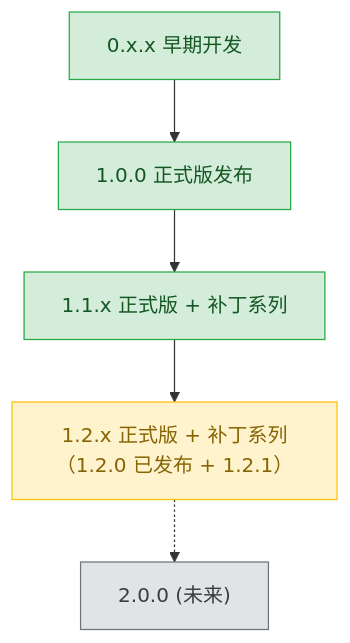
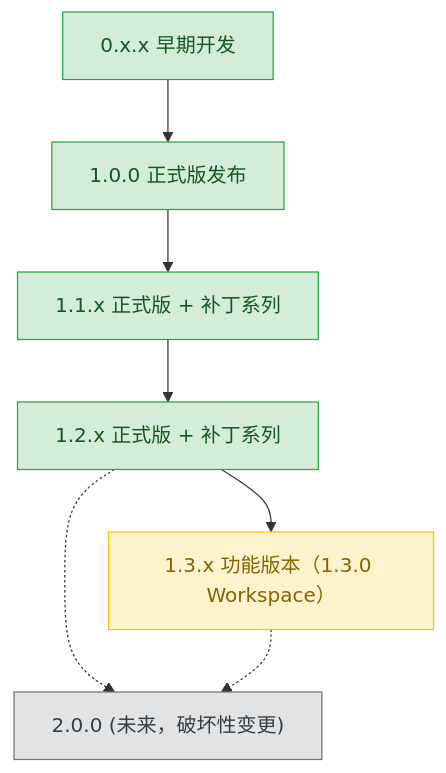
One commit to 3667808244/EazyMake changed the diagram in plans/README.md. Above: the diagram before and after it, drawn with Mermaid. The commit also changed other lines of this file and 4 other files, not shown here.

Commit message:
docs(1.3.0): 新增 1.3.0 计划（Workspace 工作区——ezmk workspace 命令组 + ezmk-workspace.toml；dev.1 配置与定位 → dev.2 命令与并行 → dev.3 测试与 CI → pre.1 文档收口 → 聚合发布）+ 1.3.x 系列 README + plan.md 切换 + plans 索引/mermaid 更新

````diff
--- a/plans/README.md
+++ b/plans/README.md
@@ -56,22 +60,26 @@
 ```mermaid
 graph TD
     v0xx["0.x.x 早期开发"]
     v100["1.0.0 正式版发布"]
     v11x["1.1.x 正式版 + 补丁系列"]
-    v12x["1.2.x 正式版 + 补丁系列（1.2.0 已发布 + 1.2.1）"]
-    v200["2.0.0 (未来)"]
+    v12x["1.2.x 正式版 + 补丁系列"]
+    v13x["1.3.x 功能版本（1.3.0 Workspace）"]
+    v200["2.0.0 (未来，破坏性变更)"]
 
     v0xx --> v100
     v100 --> v11x
     v11x --> v12x
+    v12x --> v13x
     v12x -.-> v200
+    v13x -.-> v200
 
     classDef done fill:#d4edda,stroke:#28a745,color:#155724;
     classDef active fill:#fff3cd,stroke:#ffc107,color:#856404;
     classDef todo fill:#e2e3e5,stroke:#6c757d,color:#383d41;
 
     class v0xx,v100 done;
     class v11x done;
-    class v12x active;
+    class v12x done;
+    class v13x active;
     class v200 todo;
 ```
````
